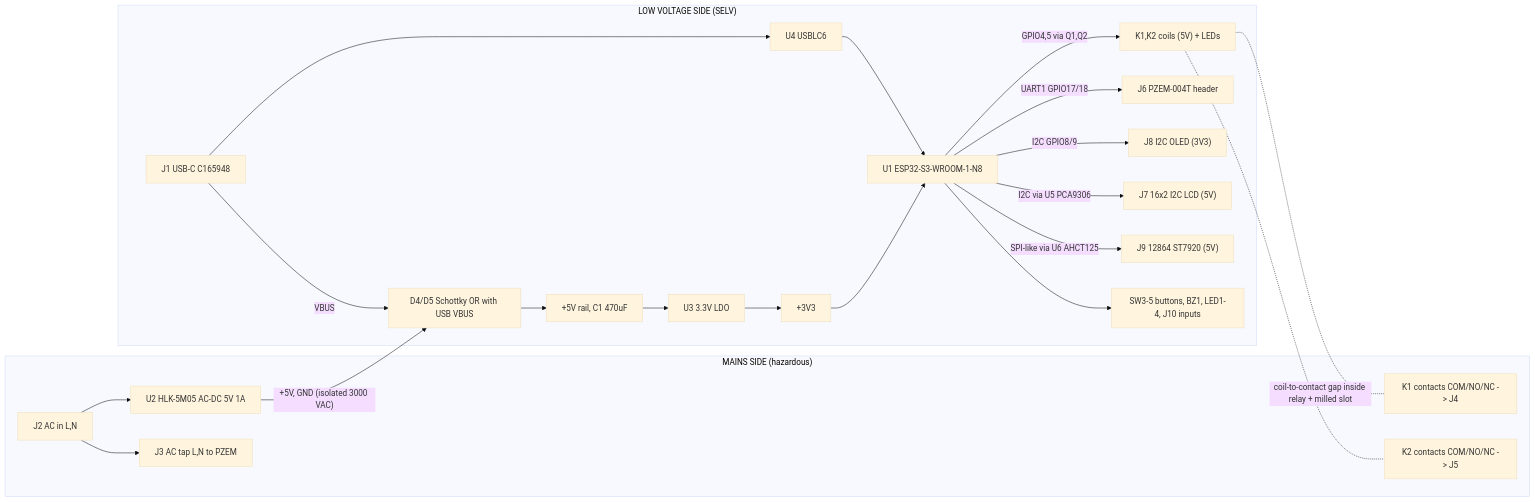
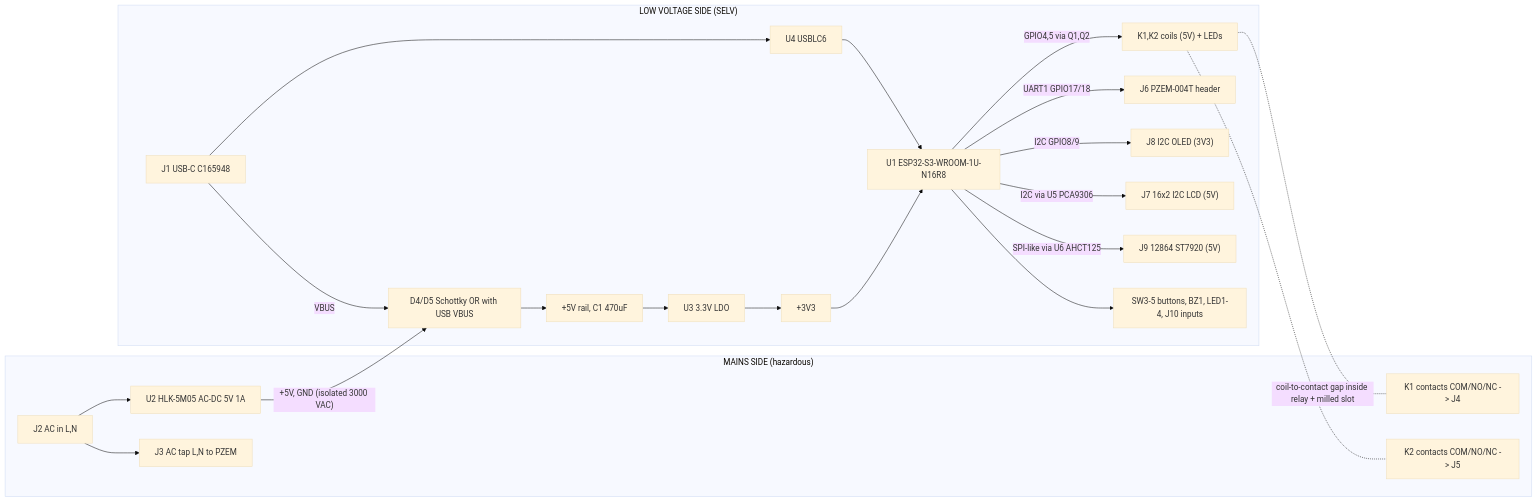
Before and after one commit to ElectroIoT/ESP32-S3-BorePilot: the diagram in PLAN.md, drawn with Mermaid (base theme). The commit also changed other lines of this file and 5 other files, not shown here.

Commit message:
Switch MCU to WROOM-1U-N16R8 + antenna, add BOM-by-section and connection-diagram HTML pages and generator

````diff
--- a/PLAN.md
+++ b/PLAN.md
@@ -41,25 +41,25 @@
 ```mermaid
 flowchart LR
   subgraph MAINS["MAINS SIDE (hazardous)"]
     ACIN["J2 AC in L,N"] --> U2["U2 HLK-5M05 AC-DC 5V 1A"]
     ACIN --> ACT["J3 AC tap L,N to PZEM"]
     K1C["K1 contacts COM/NO/NC -> J4"]
     K2C["K2 contacts COM/NO/NC -> J5"]
   end
   subgraph SELV["LOW VOLTAGE SIDE (SELV)"]
     U2 -->|"+5V, GND (isolated 3000 VAC)"| OR["D4/D5 Schottky OR with USB VBUS"]
     USB["J1 USB-C C165948"] --> ESD["U4 USBLC6"] --> MCU
     USB -->|VBUS| OR
     OR --> V5["+5V rail, C1 470uF"]
     V5 --> LDO["U3 3.3V LDO"] --> V33["+3V3"]
-    V33 --> MCU["U1 ESP32-S3-WROOM-1-N8"]
+    V33 --> MCU["U1 ESP32-S3-WROOM-1U-N16R8"]
     MCU -->|GPIO4,5 via Q1,Q2| COILS["K1,K2 coils (5V) + LEDs"]
     MCU -->|UART1 GPIO17/18| PZ["J6 PZEM-004T header"]
     MCU -->|I2C GPIO8/9| OLED["J8 I2C OLED (3V3)"]
     MCU -->|I2C via U5 PCA9306| LCD16["J7 16x2 I2C LCD (5V)"]
     MCU -->|SPI-like via U6 AHCT125| LCD64["J9 12864 ST7920 (5V)"]
     MCU --> UI["SW3-5 buttons, BZ1, LED1-4, J10 inputs"]
   end
   COILS -. "coil-to-contact gap inside relay + milled slot" .- K1C
   COILS -.- K2C
 ```
````
